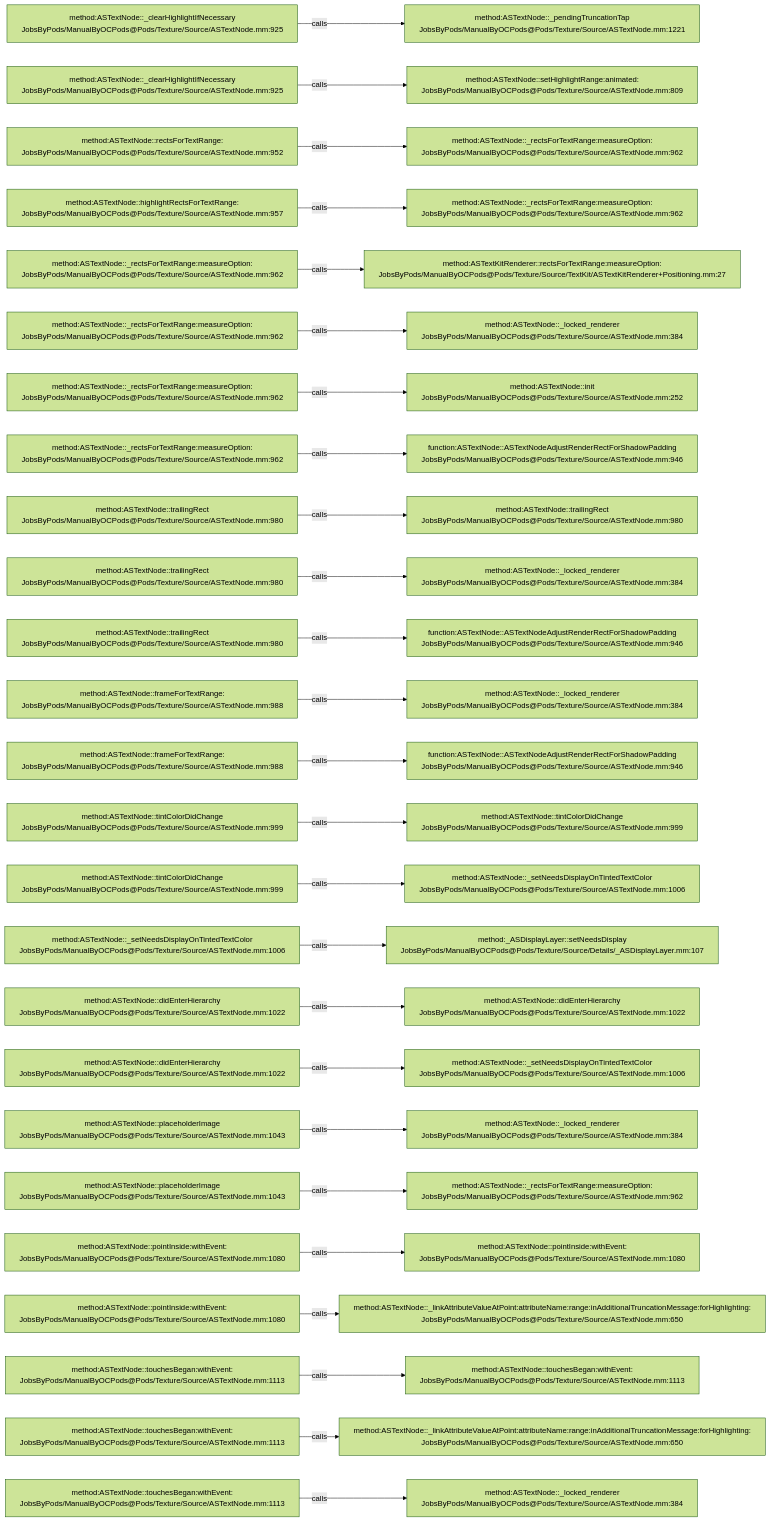
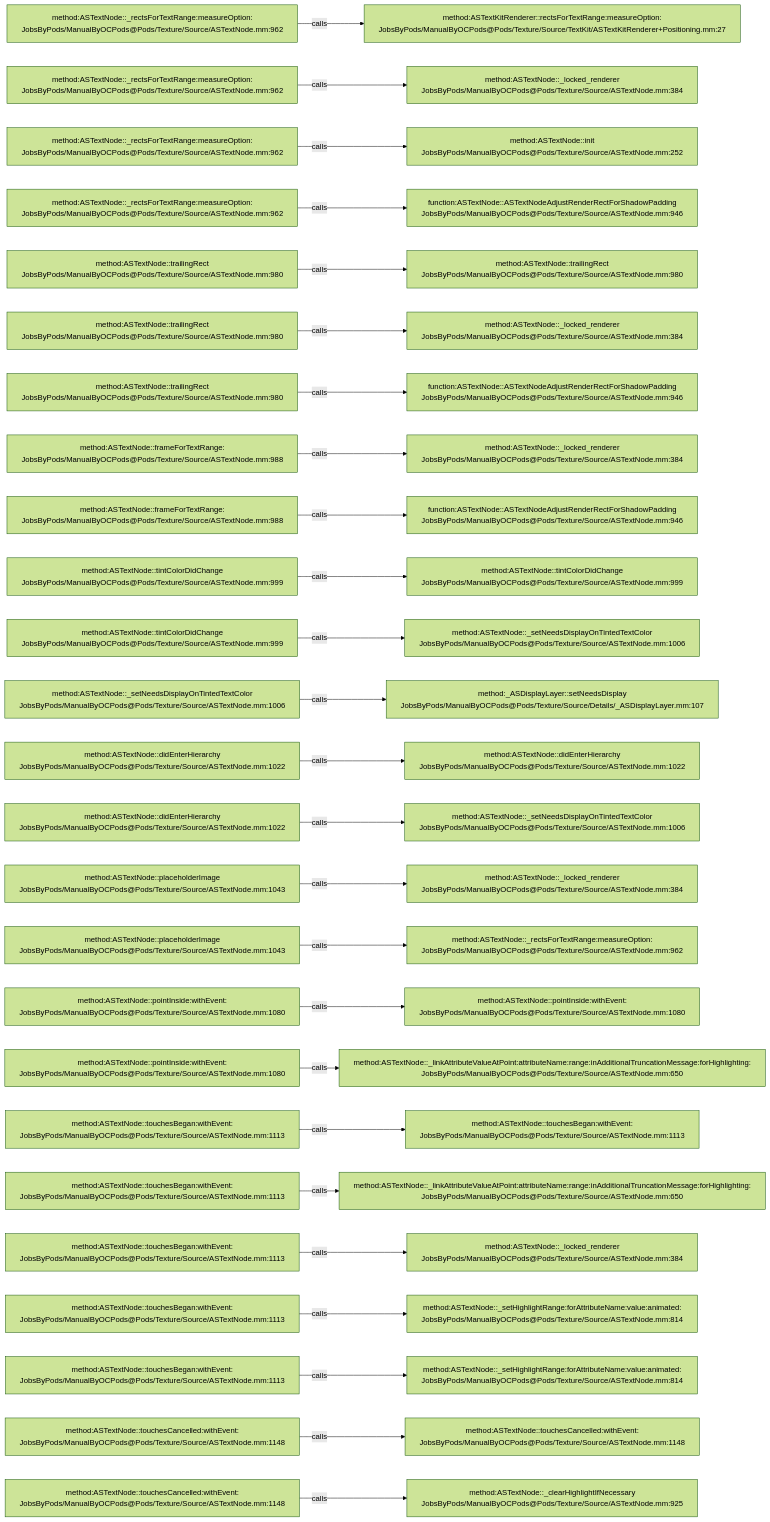
One commit to JobsKits/JobsOCBaseConfigDemo changed the diagram in .codegraph/codegraph.md/graphs/calls-134.md. Above: the diagram before and after it, drawn with Mermaid (forest theme). The commit also changed 727 other files, not shown here.

````diff
--- a/.codegraph/codegraph.md/graphs/calls-134.md
+++ b/.codegraph/codegraph.md/graphs/calls-134.md
@@ -13,78 +13,78 @@
 ```mermaid
 flowchart LR
-  S1["method:ASTextNode::_clearHighlightIfNecessary<br/>JobsByPods/ManualByOCPods@Pods/Texture/Source/ASTextNode.mm:925"]
-  T1["method:ASTextNode::_pendingTruncationTap<br/>JobsByPods/ManualByOCPods@Pods/Texture/Source/ASTextNode.mm:1221"]
+  S1["method:ASTextNode::_rectsForTextRange:measureOption:<br/>JobsByPods/ManualByOCPods@Pods/Texture/Source/ASTextNode.mm:962"]
+  T1["method:ASTextKitRenderer::rectsForTextRange:measureOption:<br/>JobsByPods/ManualByOCPods@Pods/Texture/Source/TextKit/ASTextKitRenderer+Positioning.mm:27"]
   S1 -->|calls| T1
-  S2["method:ASTextNode::_clearHighlightIfNecessary<br/>JobsByPods/ManualByOCPods@Pods/Texture/Source/ASTextNode.mm:925"]
-  T2["method:ASTextNode::setHighlightRange:animated:<br/>JobsByPods/ManualByOCPods@Pods/Texture/Source/ASTextNode.mm:809"]
+  S2["method:ASTextNode::_rectsForTextRange:measureOption:<br/>JobsByPods/ManualByOCPods@Pods/Texture/Source/ASTextNode.mm:962"]
+  T2["method:ASTextNode::_locked_renderer<br/>JobsByPods/ManualByOCPods@Pods/Texture/Source/ASTextNode.mm:384"]
   S2 -->|calls| T2
-  S3["method:ASTextNode::rectsForTextRange:<br/>JobsByPods/ManualByOCPods@Pods/Texture/Source/ASTextNode.mm:952"]
-  T3["method:ASTextNode::_rectsForTextRange:measureOption:<br/>JobsByPods/ManualByOCPods@Pods/Texture/Source/ASTextNode.mm:962"]
+  S3["method:ASTextNode::_rectsForTextRange:measureOption:<br/>JobsByPods/ManualByOCPods@Pods/Texture/Source/ASTextNode.mm:962"]
+  T3["method:ASTextNode::init<br/>JobsByPods/ManualByOCPods@Pods/Texture/Source/ASTextNode.mm:252"]
   S3 -->|calls| T3
-  S4["method:ASTextNode::highlightRectsForTextRange:<br/>JobsByPods/ManualByOCPods@Pods/Texture/Source/ASTextNode.mm:957"]
-  T4["method:ASTextNode::_rectsForTextRange:measureOption:<br/>JobsByPods/ManualByOCPods@Pods/Texture/Source/ASTextNode.mm:962"]
+  S4["method:ASTextNode::_rectsForTextRange:measureOption:<br/>JobsByPods/ManualByOCPods@Pods/Texture/Source/ASTextNode.mm:962"]
+  T4["function:ASTextNode::ASTextNodeAdjustRenderRectForShadowPadding<br/>JobsByPods/ManualByOCPods@Pods/Texture/Source/ASTextNode.mm:946"]
   S4 -->|calls| T4
-  S5["method:ASTextNode::_rectsForTextRange:measureOption:<br/>JobsByPods/ManualByOCPods@Pods/Texture/Source/ASTextNode.mm:962"]
-  T5["method:ASTextKitRenderer::rectsForTextRange:measureOption:<br/>JobsByPods/ManualByOCPods@Pods/Texture/Source/TextKit/ASTextKitRenderer+Positioning.mm:27"]
+  S5["method:ASTextNode::trailingRect<br/>JobsByPods/ManualByOCPods@Pods/Texture/Source/ASTextNode.mm:980"]
+  T5["method:ASTextNode::trailingRect<br/>JobsByPods/ManualByOCPods@Pods/Texture/Source/ASTextNode.mm:980"]
   S5 -->|calls| T5
-  S6["method:ASTextNode::_rectsForTextRange:measureOption:<br/>JobsByPods/ManualByOCPods@Pods/Texture/Source/ASTextNode.mm:962"]
+  S6["method:ASTextNode::trailingRect<br/>JobsByPods/ManualByOCPods@Pods/Texture/Source/ASTextNode.mm:980"]
   T6["method:ASTextNode::_locked_renderer<br/>JobsByPods/ManualByOCPods@Pods/Texture/Source/ASTextNode.mm:384"]
   S6 -->|calls| T6
-  S7["method:ASTextNode::_rectsForTextRange:measureOption:<br/>JobsByPods/ManualByOCPods@Pods/Texture/Source/ASTextNode.mm:962"]
-  T7["method:ASTextNode::init<br/>JobsByPods/ManualByOCPods@Pods/Texture/Source/ASTextNode.mm:252"]
+  S7["method:ASTextNode::trailingRect<br/>JobsByPods/ManualByOCPods@Pods/Texture/Source/ASTextNode.mm:980"]
+  T7["function:ASTextNode::ASTextNodeAdjustRenderRectForShadowPadding<br/>JobsByPods/ManualByOCPods@Pods/Texture/Source/ASTextNode.mm:946"]
   S7 -->|calls| T7
-  S8["method:ASTextNode::_rectsForTextRange:measureOption:<br/>JobsByPods/ManualByOCPods@Pods/Texture/Source/ASTextNode.mm:962"]
-  T8["function:ASTextNode::ASTextNodeAdjustRenderRectForShadowPadding<br/>JobsByPods/ManualByOCPods@Pods/Texture/Source/ASTextNode.mm:946"]
+  S8["method:ASTextNode::frameForTextRange:<br/>JobsByPods/ManualByOCPods@Pods/Texture/Source/ASTextNode.mm:988"]
+  T8["method:ASTextNode::_locked_renderer<br/>JobsByPods/ManualByOCPods@Pods/Texture/Source/ASTextNode.mm:384"]
   S8 -->|calls| T8
-  S9["method:ASTextNode::trailingRect<br/>JobsByPods/ManualByOCPods@Pods/Texture/Source/ASTextNode.mm:980"]
-  T9["method:ASTextNode::trailingRect<br/>JobsByPods/ManualByOCPods@Pods/Texture/Source/ASTextNode.mm:980"]
+  S9["method:ASTextNode::frameForTextRange:<br/>JobsByPods/ManualByOCPods@Pods/Texture/Source/ASTextNode.mm:988"]
+  T9["function:ASTextNode::ASTextNodeAdjustRenderRectForShadowPadding<br/>JobsByPods/ManualByOCPods@Pods/Texture/Source/ASTextNode.mm:946"]
   S9 -->|calls| T9
-  S10["method:ASTextNode::trailingRect<br/>JobsByPods/ManualByOCPods@Pods/Texture/Source/ASTextNode.mm:980"]
-  T10["method:ASTextNode::_locked_renderer<br/>JobsByPods/ManualByOCPods@Pods/Texture/Source/ASTextNode.mm:384"]
+  S10["method:ASTextNode::tintColorDidChange<br/>JobsByPods/ManualByOCPods@Pods/Texture/Source/ASTextNode.mm:999"]
+  T10["method:ASTextNode::tintColorDidChange<br/>JobsByPods/ManualByOCPods@Pods/Texture/Source/ASTextNode.mm:999"]
   S10 -->|calls| T10
-  S11["method:ASTextNode::trailingRect<br/>JobsByPods/ManualByOCPods@Pods/Texture/Source/ASTextNode.mm:980"]
-  T11["function:ASTextNode::ASTextNodeAdjustRenderRectForShadowPadding<br/>JobsByPods/ManualByOCPods@Pods/Texture/Source/ASTextNode.mm:946"]
+  S11["method:ASTextNode::tintColorDidChange<br/>JobsByPods/ManualByOCPods@Pods/Texture/Source/ASTextNode.mm:999"]
+  T11["method:ASTextNode::_setNeedsDisplayOnTintedTextColor<br/>JobsByPods/ManualByOCPods@Pods/Texture/Source/ASTextNode.mm:1006"]
   S11 -->|calls| T11
-  S12["method:ASTextNode::frameForTextRange:<br/>JobsByPods/ManualByOCPods@Pods/Texture/Source/ASTextNode.mm:988"]
-  T12["method:ASTextNode::_locked_renderer<br/>JobsByPods/ManualByOCPods@Pods/Texture/Source/ASTextNode.mm:384"]
+  S12["method:ASTextNode::_setNeedsDisplayOnTintedTextColor<br/>JobsByPods/ManualByOCPods@Pods/Texture/Source/ASTextNode.mm:1006"]
+  T12["method:_ASDisplayLayer::setNeedsDisplay<br/>JobsByPods/ManualByOCPods@Pods/Texture/Source/Details/_ASDisplayLayer.mm:107"]
   S12 -->|calls| T12
-  S13["method:ASTextNode::frameForTextRange:<br/>JobsByPods/ManualByOCPods@Pods/Texture/Source/ASTextNode.mm:988"]
-  T13["function:ASTextNode::ASTextNodeAdjustRenderRectForShadowPadding<br/>JobsByPods/ManualByOCPods@Pods/Texture/Source/ASTextNode.mm:946"]
+  S13["method:ASTextNode::didEnterHierarchy<br/>JobsByPods/ManualByOCPods@Pods/Texture/Source/ASTextNode.mm:1022"]
+  T13["method:ASTextNode::didEnterHierarchy<br/>JobsByPods/ManualByOCPods@Pods/Texture/Source/ASTextNode.mm:1022"]
   S13 -->|calls| T13
-  S14["method:ASTextNode::tintColorDidChange<br/>JobsByPods/ManualByOCPods@Pods/Texture/Source/ASTextNode.mm:999"]
-  T14["method:ASTextNode::tintColorDidChange<br/>JobsByPods/ManualByOCPods@Pods/Texture/Source/ASTextNode.mm:999"]
+  S14["method:ASTextNode::didEnterHierarchy<br/>JobsByPods/ManualByOCPods@Pods/Texture/Source/ASTextNode.mm:1022"]
+  T14["method:ASTextNode::_setNeedsDisplayOnTintedTextColor<br/>JobsByPods/ManualByOCPods@Pods/Texture/Source/ASTextNode.mm:1006"]
   S14 -->|calls| T14
-  S15["method:ASTextNode::tintColorDidChange<br/>JobsByPods/ManualByOCPods@Pods/Texture/Source/ASTextNode.mm:999"]
-  T15["method:ASTextNode::_setNeedsDisplayOnTintedTextColor<br/>JobsByPods/ManualByOCPods@Pods/Texture/Source/ASTextNode.mm:1006"]
+  S15["method:ASTextNode::placeholderImage<br/>JobsByPods/ManualByOCPods@Pods/Texture/Source/ASTextNode.mm:1043"]
+  T15["method:ASTextNode::_locked_renderer<br/>JobsByPods/ManualByOCPods@Pods/Texture/Source/ASTextNode.mm:384"]
   S15 -->|calls| T15
-  S16["method:ASTextNode::_setNeedsDisplayOnTintedTextColor<br/>JobsByPods/ManualByOCPods@Pods/Texture/Source/ASTextNode.mm:1006"]
-  T16["method:_ASDisplayLayer::setNeedsDisplay<br/>JobsByPods/ManualByOCPods@Pods/Texture/Source/Details/_ASDisplayLayer.mm:107"]
+  S16["method:ASTextNode::placeholderImage<br/>JobsByPods/ManualByOCPods@Pods/Texture/Source/ASTextNode.mm:1043"]
+  T16["method:ASTextNode::_rectsForTextRange:measureOption:<br/>JobsByPods/ManualByOCPods@Pods/Texture/Source/ASTextNode.mm:962"]
   S16 -->|calls| T16
-  S17["method:ASTextNode::didEnterHierarchy<br/>JobsByPods/ManualByOCPods@Pods/Texture/Source/ASTextNode.mm:1022"]
-  T17["method:ASTextNode::didEnterHierarchy<br/>JobsByPods/ManualByOCPods@Pods/Texture/Source/ASTextNode.mm:1022"]
+  S17["method:ASTextNode::pointInside:withEvent:<br/>JobsByPods/ManualByOCPods@Pods/Texture/Source/ASTextNode.mm:1080"]
+  T17["method:ASTextNode::pointInside:withEvent:<br/>JobsByPods/ManualByOCPods@Pods/Texture/Source/ASTextNode.mm:1080"]
   S17 -->|calls| T17
-  S18["method:ASTextNode::didEnterHierarchy<br/>JobsByPods/ManualByOCPods@Pods/Texture/Source/ASTextNode.mm:1022"]
-  T18["method:ASTextNode::_setNeedsDisplayOnTintedTextColor<br/>JobsByPods/ManualByOCPods@Pods/Texture/Source/ASTextNode.mm:1006"]
+  S18["method:ASTextNode::pointInside:withEvent:<br/>JobsByPods/ManualByOCPods@Pods/Texture/Source/ASTextNode.mm:1080"]
+  T18["method:ASTextNode::_linkAttributeValueAtPoint:attributeName:range:inAdditionalTruncationMessage:forHighlighting:<br/>JobsByPods/ManualByOCPods@Pods/Texture/Source/ASTextNode.mm:650"]
   S18 -->|calls| T18
-  S19["method:ASTextNode::placeholderImage<br/>JobsByPods/ManualByOCPods@Pods/Texture/Source/ASTextNode.mm:1043"]
-  T19["method:ASTextNode::_locked_renderer<br/>JobsByPods/ManualByOCPods@Pods/Texture/Source/ASTextNode.mm:384"]
+  S19["method:ASTextNode::touchesBegan:withEvent:<br/>JobsByPods/ManualByOCPods@Pods/Texture/Source/ASTextNode.mm:1113"]
+  T19["method:ASTextNode::touchesBegan:withEvent:<br/>JobsByPods/ManualByOCPods@Pods/Texture/Source/ASTextNode.mm:1113"]
   S19 -->|calls| T19
-  S20["method:ASTextNode::placeholderImage<br/>JobsByPods/ManualByOCPods@Pods/Texture/Source/ASTextNode.mm:1043"]
-  T20["method:ASTextNode::_rectsForTextRange:measureOption:<br/>JobsByPods/ManualByOCPods@Pods/Texture/Source/ASTextNode.mm:962"]
+  S20["method:ASTextNode::touchesBegan:withEvent:<br/>JobsByPods/ManualByOCPods@Pods/Texture/Source/ASTextNode.mm:1113"]
+  T20["method:ASTextNode::_linkAttributeValueAtPoint:attributeName:range:inAdditionalTruncationMessage:forHighlighting:<br/>JobsByPods/ManualByOCPods@Pods/Texture/Source/ASTextNode.mm:650"]
   S20 -->|calls| T20
-  S21["method:ASTextNode::pointInside:withEvent:<br/>JobsByPods/ManualByOCPods@Pods/Texture/Source/ASTextNode.mm:1080"]
-  T21["method:ASTextNode::pointInside:withEvent:<br/>JobsByPods/ManualByOCPods@Pods/Texture/Source/ASTextNode.mm:1080"]
+  S21["method:ASTextNode::touchesBegan:withEvent:<br/>JobsByPods/ManualByOCPods@Pods/Texture/Source/ASTextNode.mm:1113"]
+  T21["method:ASTextNode::_locked_renderer<br/>JobsByPods/ManualByOCPods@Pods/Texture/Source/ASTextNode.mm:384"]
   S21 -->|calls| T21
-  S22["method:ASTextNode::pointInside:withEvent:<br/>JobsByPods/ManualByOCPods@Pods/Texture/Source/ASTextNode.mm:1080"]
-  T22["method:ASTextNode::_linkAttributeValueAtPoint:attributeName:range:inAdditionalTruncationMessage:forHighlighting:<br/>JobsByPods/ManualByOCPods@Pods/Texture/Source/ASTextNode.mm:650"]
+  S22["method:ASTextNode::touchesBegan:withEvent:<br/>JobsByPods/ManualByOCPods@Pods/Texture/Source/ASTextNode.mm:1113"]
+  T22["method:ASTextNode::_setHighlightRange:forAttributeName:value:animated:<br/>JobsByPods/ManualByOCPods@Pods/Texture/Source/ASTextNode.mm:814"]
   S22 -->|calls| T22
   S23["method:ASTextNode::touchesBegan:withEvent:<br/>JobsByPods/ManualByOCPods@Pods/Texture/Source/ASTextNode.mm:1113"]
-  T23["method:ASTextNode::touchesBegan:withEvent:<br/>JobsByPods/ManualByOCPods@Pods/Texture/Source/ASTextNode.mm:1113"]
+  T23["method:ASTextNode::_setHighlightRange:forAttributeName:value:animated:<br/>JobsByPods/ManualByOCPods@Pods/Texture/Source/ASTextNode.mm:814"]
   S23 -->|calls| T23
-  S24["method:ASTextNode::touchesBegan:withEvent:<br/>JobsByPods/ManualByOCPods@Pods/Texture/Source/ASTextNode.mm:1113"]
-  T24["method:ASTextNode::_linkAttributeValueAtPoint:attributeName:range:inAdditionalTruncationMessage:forHighlighting:<br/>JobsByPods/ManualByOCPods@Pods/Texture/Source/ASTextNode.mm:650"]
+  S24["method:ASTextNode::touchesCancelled:withEvent:<br/>JobsByPods/ManualByOCPods@Pods/Texture/Source/ASTextNode.mm:1148"]
+  T24["method:ASTextNode::touchesCancelled:withEvent:<br/>JobsByPods/ManualByOCPods@Pods/Texture/Source/ASTextNode.mm:1148"]
   S24 -->|calls| T24
-  S25["method:ASTextNode::touchesBegan:withEvent:<br/>JobsByPods/ManualByOCPods@Pods/Texture/Source/ASTextNode.mm:1113"]
-  T25["method:ASTextNode::_locked_renderer<br/>JobsByPods/ManualByOCPods@Pods/Texture/Source/ASTextNode.mm:384"]
+  S25["method:ASTextNode::touchesCancelled:withEvent:<br/>JobsByPods/ManualByOCPods@Pods/Texture/Source/ASTextNode.mm:1148"]
+  T25["method:ASTextNode::_clearHighlightIfNecessary<br/>JobsByPods/ManualByOCPods@Pods/Texture/Source/ASTextNode.mm:925"]
   S25 -->|calls| T25
 ```
````
